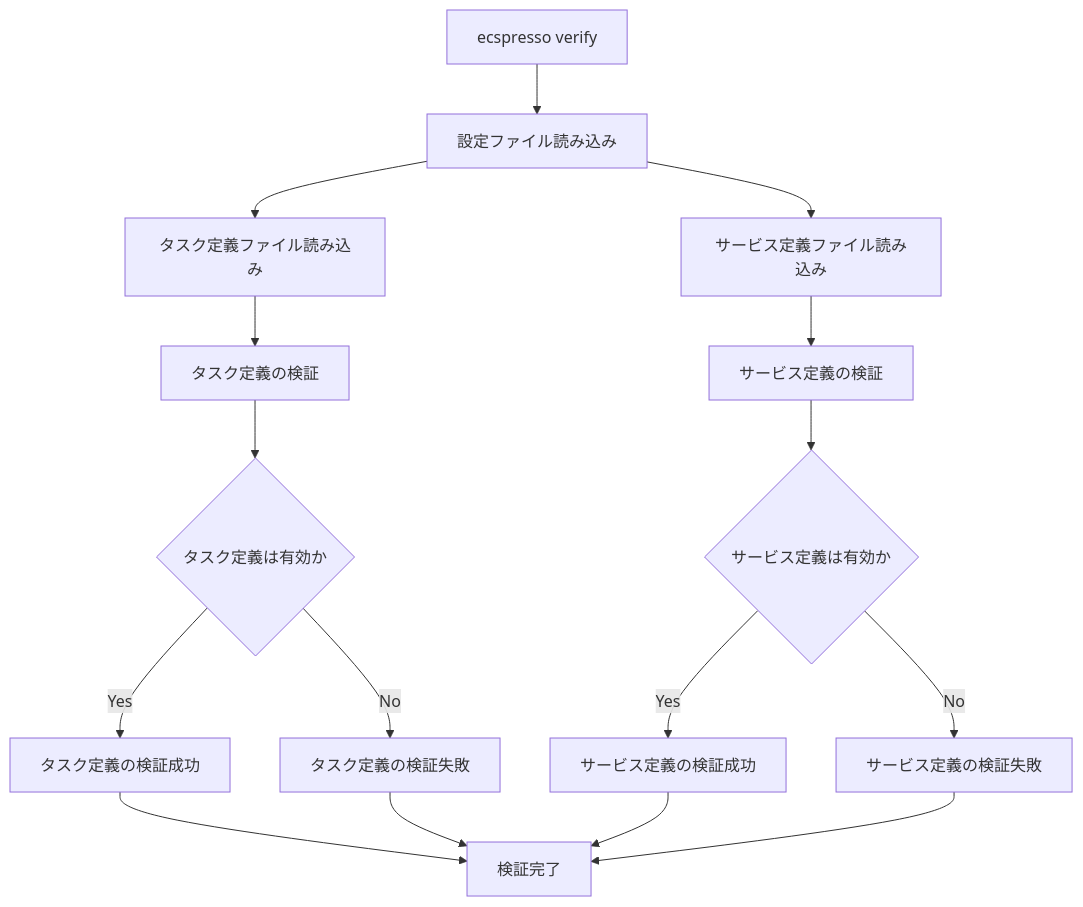
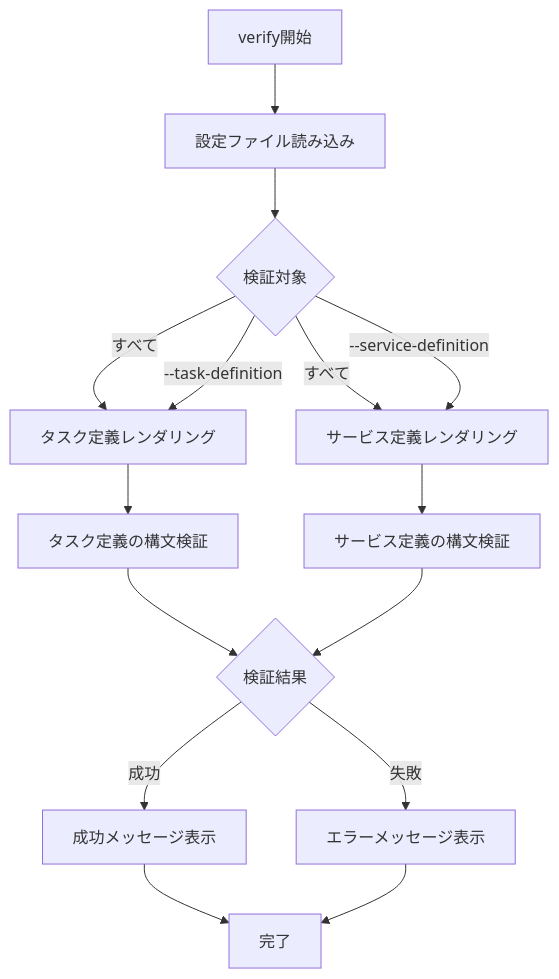
Before and after one commit to bufferings/devin-docs: the diagram in ecspresso/commands/verify.md, drawn with Mermaid. The commit also changed other lines of this file and 29 other files, not shown here.

````diff
--- a/ecspresso/commands/verify.md
+++ b/ecspresso/commands/verify.md
@@ -51,18 +51,17 @@
 ```mermaid
 graph TD
-    A[ecspresso verify] --> B[設定ファイル読み込み]
-    B --> C[タスク定義ファイル読み込み]
-    B --> D[サービス定義ファイル読み込み]
-    C --> E[タスク定義の検証]
-    D --> F[サービス定義の検証]
-    E --> G{タスク定義は有効か}
-    F --> H{サービス定義は有効か}
-    G -->|Yes| I[タスク定義の検証成功]
-    G -->|No| J[タスク定義の検証失敗]
-    H -->|Yes| K[サービス定義の検証成功]
-    H -->|No| L[サービス定義の検証失敗]
-    I --> M[検証完了]
-    J --> M
-    K --> M
-    L --> M
+    A[verify開始] --> B[設定ファイル読み込み]
+    B --> C{検証対象}
+    C -->|すべて| D[タスク定義レンダリング]
+    C -->|--task-definition| D
+    C -->|すべて| E[サービス定義レンダリング]
+    C -->|--service-definition| E
+    D --> F[タスク定義の構文検証]
+    E --> G[サービス定義の構文検証]
+    F --> H{検証結果}
+    G --> H
+    H -->|成功| I[成功メッセージ表示]
+    H -->|失敗| J[エラーメッセージ表示]
+    I --> K[完了]
+    J --> K
 ```
````
